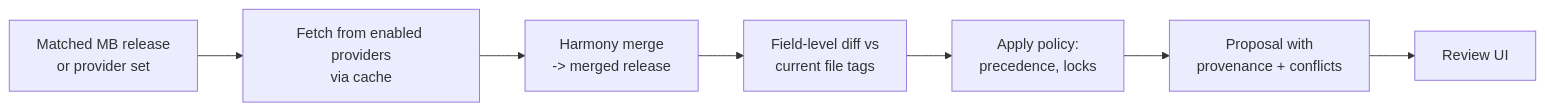
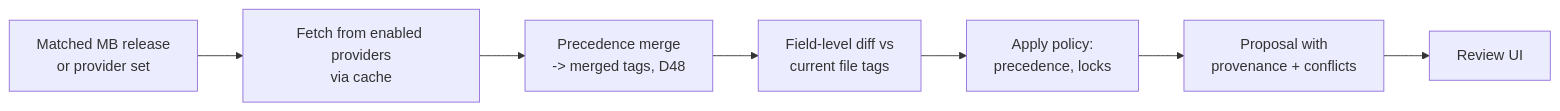
The third of 4 diagrams in docs/ARCHITECTURE.md (cdalamagkas/tagmonia), drawn with Mermaid before and after one commit. The commit also changed other lines of this file and 18 other files, not shown here.

````diff
--- a/docs/ARCHITECTURE.md
+++ b/docs/ARCHITECTURE.md
@@ -541,9 +541,9 @@
 ```mermaid
 flowchart LR
   A[Matched MB release<br/>or provider set] --> B[Fetch from enabled providers<br/>via cache]
-  B --> C[Harmony merge<br/>-> merged release]
+  B --> C[Precedence merge<br/>-> merged tags, D48]
   C --> D[Field-level diff vs<br/>current file tags]
   D --> E[Apply policy:<br/>precedence, locks]
   E --> F[Proposal with<br/>provenance + conflicts]
   F --> G[Review UI]
 ```
````
